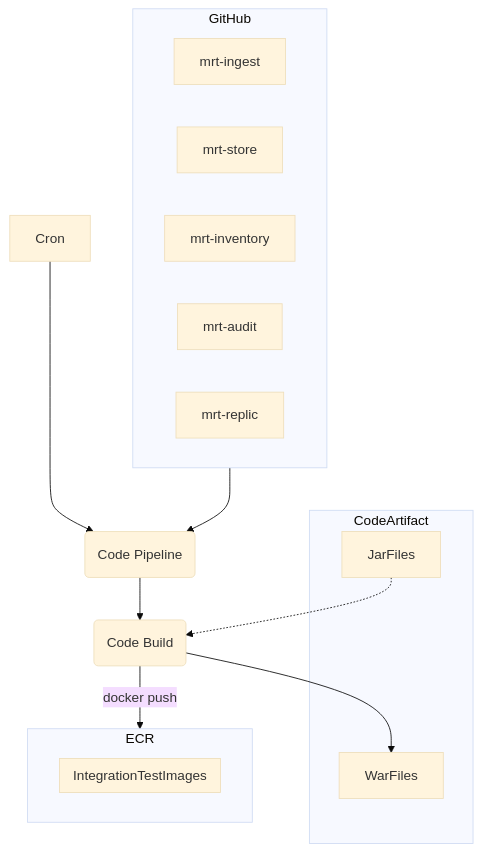
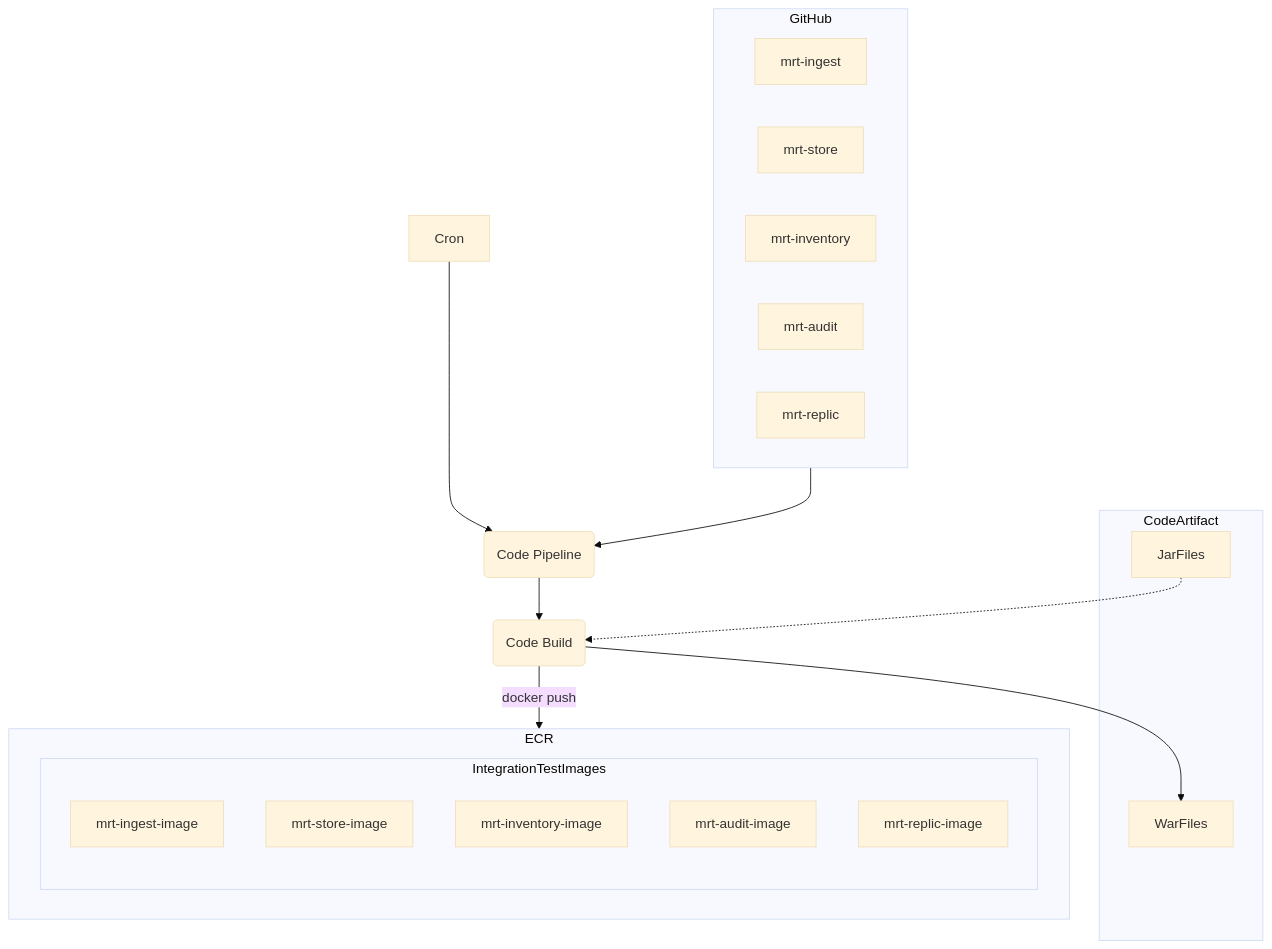
The third of 10 diagrams in design/aws-build/README.md (CDLUC3/mrt-doc), drawn with Mermaid (base theme) before and after one commit. The commit also changed other lines of this file, not shown here.

````diff
--- a/design/aws-build/README.md
+++ b/design/aws-build/README.md
@@ -81,32 +81,32 @@
 ```mermaid
 graph TD
   subgraph GitHub
     mrt-ingest
     mrt-store
     mrt-inventory
     mrt-audit
     mrt-replic
   end
   GitHub --> Pipeline
   Cron --> Pipeline
   Pipeline(Code Pipeline)
   Pipeline --> Build
   Build(Code Build)
   Build --> WarFiles
   Build --> |docker push| ECR
   ECR
   subgraph CodeArtifact
     JarFiles
     WarFiles
   end
   JarFiles -.-> Build
   subgraph ECR
     subgraph IntegrationTestImages
-      mrt-ingest
-      mrt-store
-      mrt-inventory
-      mrt-audit
-      mrt-replic
+      mrt-ingest-image
+      mrt-store-image
+      mrt-inventory-image
+      mrt-audit-image
+      mrt-replic-image
     end
   end
 ```
````
